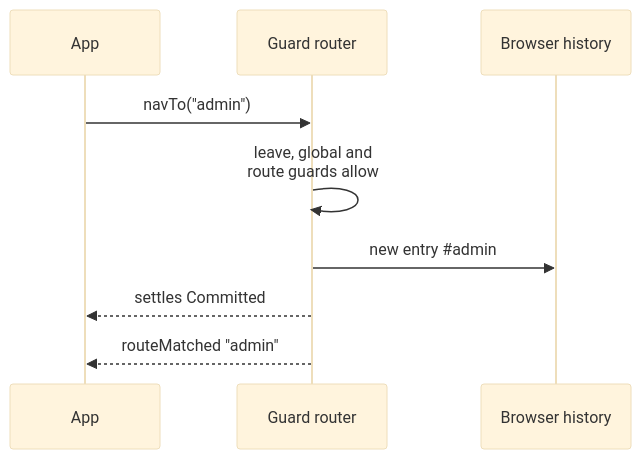
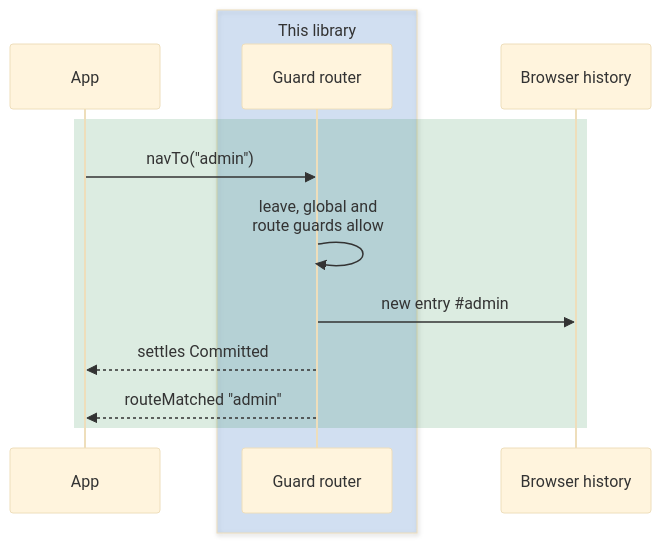
The fourth of 9 diagrams in packages/lib/README.md (wridgeu/ui5-lib-guard-router), drawn with Mermaid (base theme) before and after one commit. The commit also changed other lines of this file and 4 other files, not shown here.

First line of the commit message:
docs: give every diagram the one palette and a legend

````diff
--- a/packages/lib/README.md
+++ b/packages/lib/README.md
@@ -1162,11 +1170,15 @@
 ```mermaid
 sequenceDiagram
     participant App
-    participant Router as Guard router
+    box rgba(9, 105, 218, 0.15) This library
+        participant Router as Guard router
+    end
     participant History as Browser history
-    App->>Router: navTo("admin")
-    Router->>Router: leave, global and<br/>route guards allow
-    Router->>History: new entry #35;admin
-    Router-->>App: settles Committed
-    Router-->>App: routeMatched "admin"
+    rect rgba(26, 127, 55, 0.15)
+        App->>Router: navTo("admin")
+        Router->>Router: leave, global and<br/>route guards allow
+        Router->>History: new entry #35;admin
+        Router-->>App: settles Committed
+        Router-->>App: routeMatched "admin"
+    end
 ```
````
